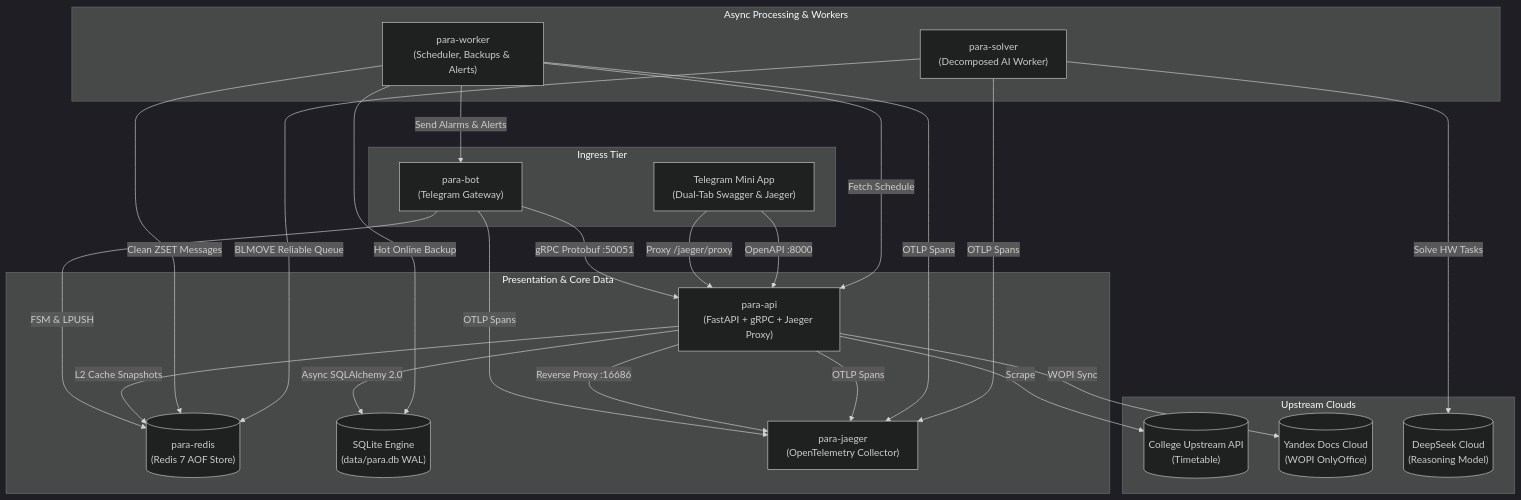
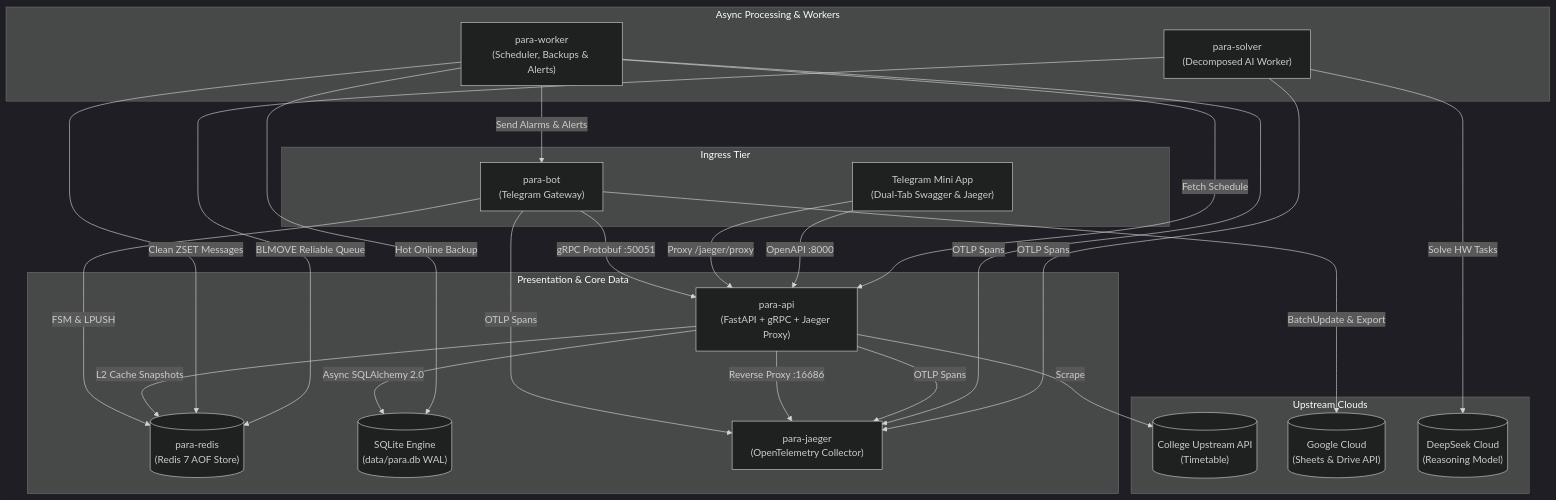
One commit to Utkautka1/para changed the diagram in README.md. Above: the diagram before and after it, drawn with Mermaid (dark theme). The commit also changed other lines of this file and 49 other files, not shown here.

Commit message:
feat(attendance): migrate from yandex docs to google sheets and drive api

````diff
--- a/README.md
+++ b/README.md
@@ -141,45 +141,45 @@
 ```mermaid
 graph TD
     subgraph Ingress Tier
         Bot["para-bot\n(Telegram Gateway)"]
         MiniApp["Telegram Mini App\n(Dual-Tab Swagger & Jaeger)"]
     end
 
     subgraph Presentation & Core Data
         Api["para-api\n(FastAPI + gRPC + Jaeger Proxy)"]
         Redis[("para-redis\n(Redis 7 AOF Store)")]
         Sqlite[("SQLite Engine\n(data/para.db WAL)")]
         Jaeger["para-jaeger\n(OpenTelemetry Collector)"]
     end
 
     subgraph Async Processing & Workers
         Worker["para-worker\n(Scheduler, Backups & Alerts)"]
         Solver["para-solver\n(Decomposed AI Worker)"]
     end
 
     subgraph Upstream Clouds
         KTMU[("College Upstream API\n(Timetable)")]
-        Yandex[("Yandex Docs Cloud\n(WOPI OnlyOffice)")]
+        Google[("Google Cloud\n(Sheets & Drive API)")]
         DeepSeek[("DeepSeek Cloud\n(Reasoning Model)")]
     end
 
     Bot -->|gRPC Protobuf :50051| Api
     Bot -->|FSM & LPUSH| Redis
     Bot -->|OTLP Spans| Jaeger
     MiniApp -->|Proxy /jaeger/proxy| Api
     MiniApp -->|OpenAPI :8000| Api
     Api -->|Reverse Proxy :16686| Jaeger
     Api -->|L2 Cache Snapshots| Redis
     Api -->|Async SQLAlchemy 2.0| Sqlite
     Api -->|OTLP Spans| Jaeger
     Api -->|Scrape| KTMU
-    Api -->|WOPI Sync| Yandex
+    Bot -->|BatchUpdate & Export| Google
     Worker -->|Fetch Schedule| Api
     Worker -->|Clean ZSET Messages| Redis
     Worker -->|Hot Online Backup| Sqlite
     Worker -->|Send Alarms & Alerts| Bot
     Worker -->|OTLP Spans| Jaeger
     Solver -->|BLMOVE Reliable Queue| Redis
     Solver -->|Solve HW Tasks| DeepSeek
     Solver -->|OTLP Spans| Jaeger
 ```
````
